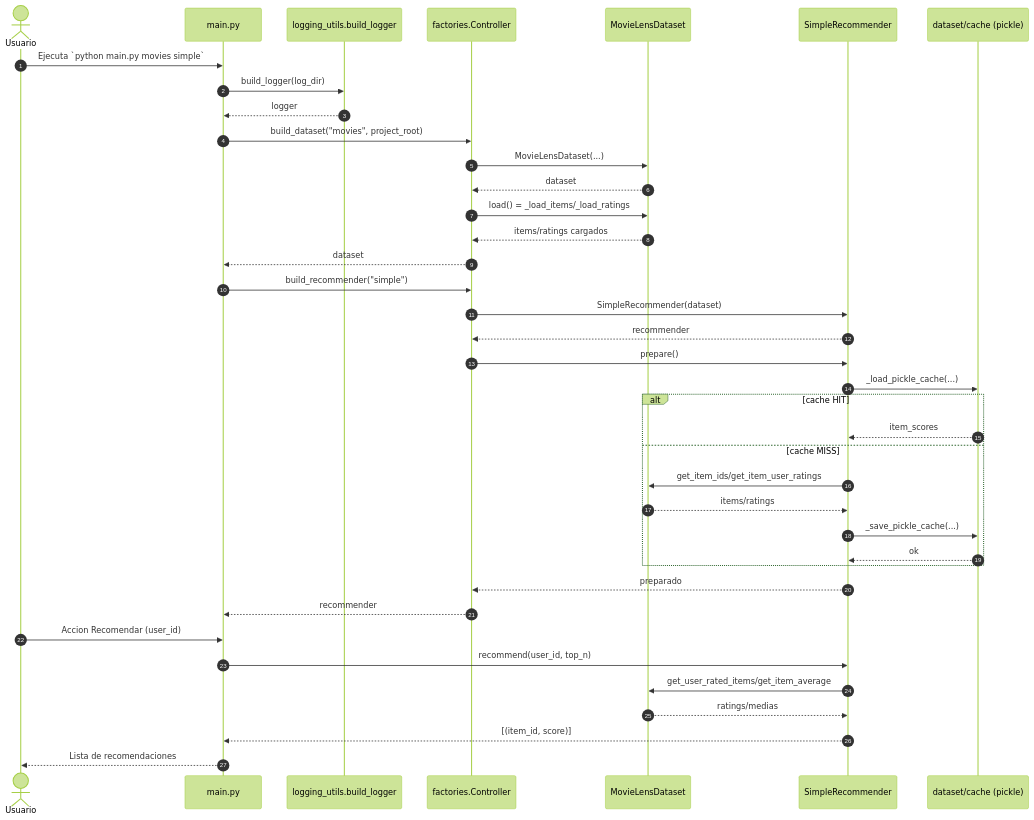
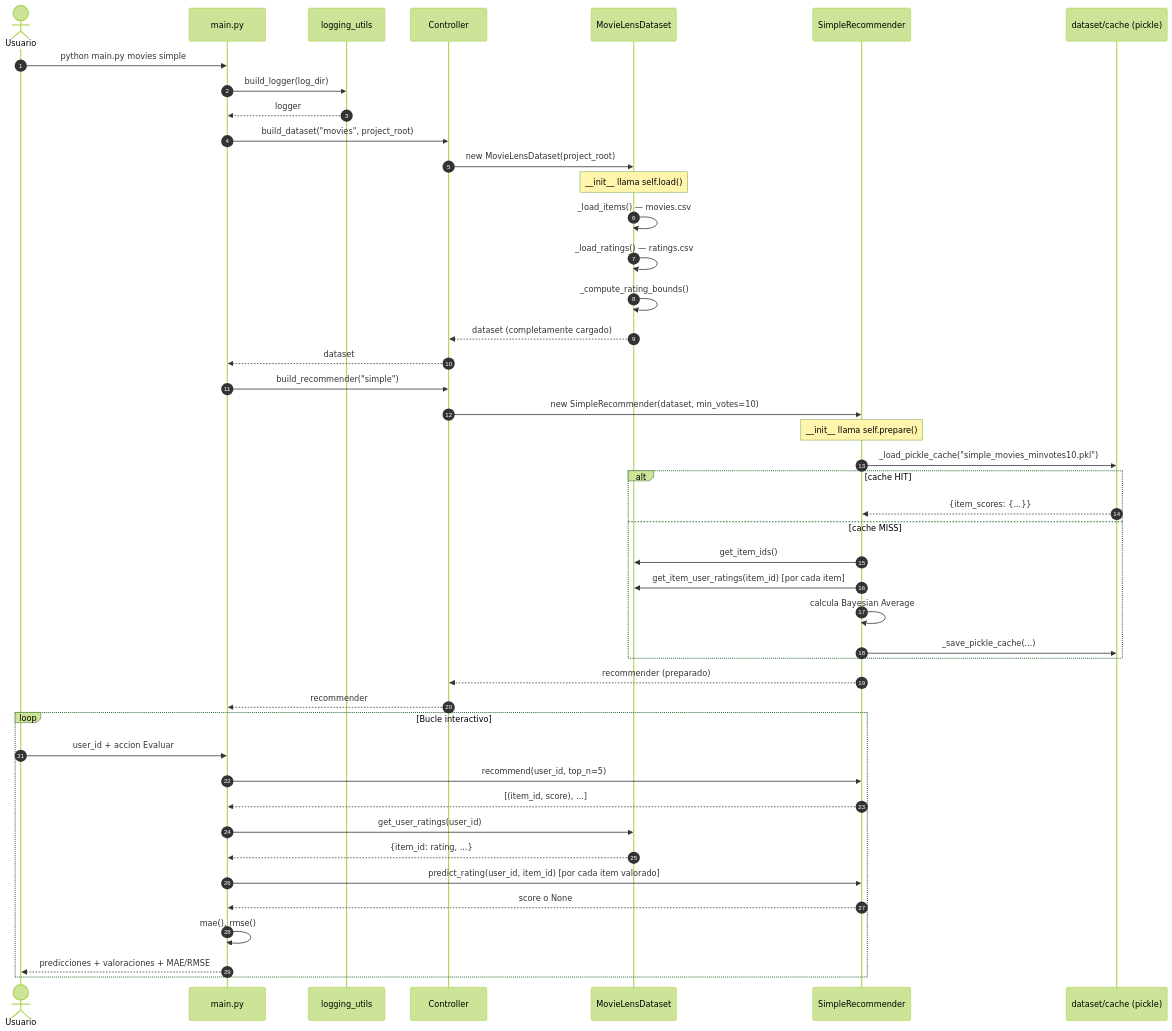
Before and after one commit to Braisfabrega/modular-recommender: the fifth of 7 diagrams in README.md, drawn with Mermaid (forest theme). The commit also changed other lines of this file and 8 other files, not shown here.

````diff
--- a/README.md
+++ b/README.md
@@ -305,42 +724,48 @@
 ```mermaid
 sequenceDiagram
   autonumber
   actor Usuario
   participant Main as main.py
-  participant Logger as logging_utils.build_logger
-  participant Controller as factories.Controller
+  participant Logger as logging_utils
+  participant Controller as Controller
   participant Dataset as MovieLensDataset
   participant Recommender as SimpleRecommender
   participant Cache as dataset/cache (pickle)
 
-  Usuario->>Main: Ejecuta `python main.py movies simple`
+  Usuario->>Main: python main.py movies simple
   Main->>Logger: build_logger(log_dir)
   Logger-->>Main: logger
   Main->>Controller: build_dataset("movies", project_root)
-  Controller->>Dataset: MovieLensDataset(...)
-  Dataset-->>Controller: dataset
-  Controller->>Dataset: load() = _load_items/_load_ratings
-  Dataset-->>Controller: items/ratings cargados
+  Controller->>Dataset: new MovieLensDataset(project_root)
+  Note over Dataset: __init__ llama self.load()
+  Dataset->>Dataset: _load_items() — movies.csv
+  Dataset->>Dataset: _load_ratings() — ratings.csv
+  Dataset->>Dataset: _compute_rating_bounds()
+  Dataset-->>Controller: dataset (completamente cargado)
   Controller-->>Main: dataset
   Main->>Controller: build_recommender("simple")
-  Controller->>Recommender: SimpleRecommender(dataset)
-  Recommender-->>Controller: recommender
-  Controller->>Recommender: prepare()
-  Recommender->>Cache: _load_pickle_cache(...)
+  Controller->>Recommender: new SimpleRecommender(dataset, min_votes=10)
+  Note over Recommender: __init__ llama self.prepare()
+  Recommender->>Cache: _load_pickle_cache("simple_movies_minvotes10.pkl")
   alt cache HIT
-    Cache-->>Recommender: item_scores
+    Cache-->>Recommender: {item_scores: {...}}
   else cache MISS
-    Recommender->>Dataset: get_item_ids/get_item_user_ratings
-    Dataset-->>Recommender: items/ratings
+    Recommender->>Dataset: get_item_ids()
+    Recommender->>Dataset: get_item_user_ratings(item_id) [por cada item]
+    Recommender->>Recommender: calcula Bayesian Average
     Recommender->>Cache: _save_pickle_cache(...)
-    Cache-->>Recommender: ok
   end
-  Recommender-->>Controller: preparado
+  Recommender-->>Controller: recommender (preparado)
   Controller-->>Main: recommender
-  Usuario->>Main: Accion Recomendar (user_id)
-  Main->>Recommender: recommend(user_id, top_n)
-  Recommender->>Dataset: get_user_rated_items/get_item_average
-  Dataset-->>Recommender: ratings/medias
-  Recommender-->>Main: [(item_id, score)]
-  Main-->>Usuario: Lista de recomendaciones
+  loop Bucle interactivo
+    Usuario->>Main: user_id + accion Evaluar
+    Main->>Recommender: recommend(user_id, top_n=5)
+    Recommender-->>Main: [(item_id, score), ...]
+    Main->>Dataset: get_user_ratings(user_id)
+    Dataset-->>Main: {item_id: rating, ...}
+    Main->>Recommender: predict_rating(user_id, item_id) [por cada item valorado]
+    Recommender-->>Main: score o None
+    Main->>Main: mae(), rmse()
+    Main-->>Usuario: predicciones + valoraciones + MAE/RMSE
+  end
 ```
````
